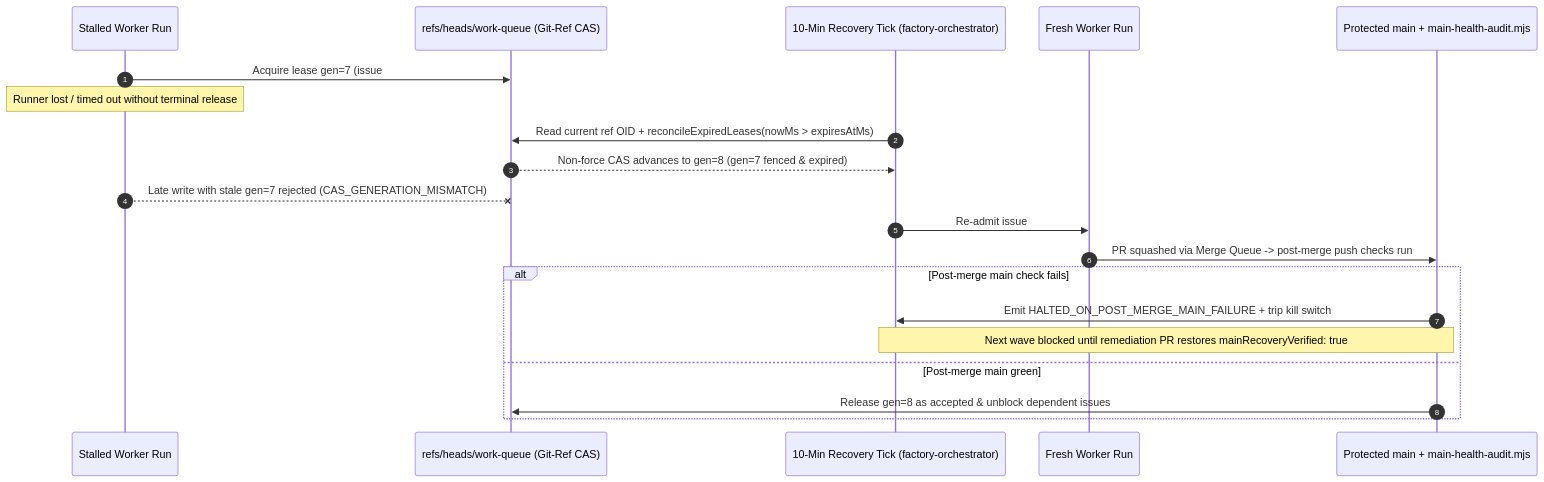
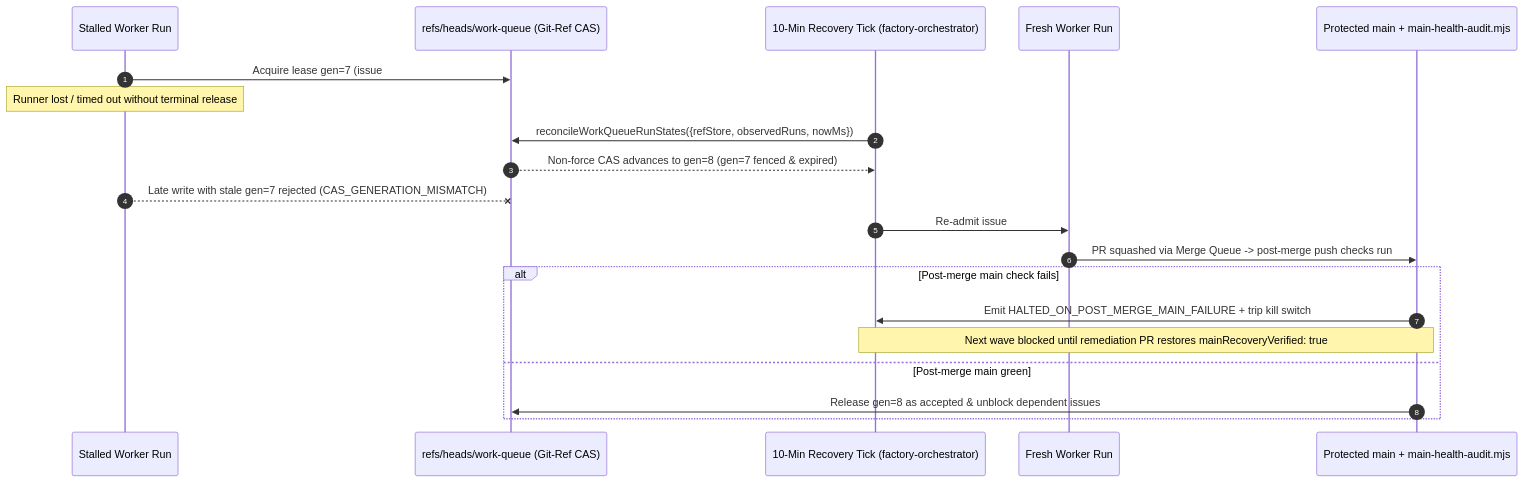
One commit to Jamula/SoftwareFactory changed the second of 3 diagrams in docs/OPERATIONS.md. Above: the diagram before and after it, drawn with Mermaid. The commit also changed other lines of this file and 7 other files, not shown here.

````diff
--- a/docs/OPERATIONS.md
+++ b/docs/OPERATIONS.md
@@ -62,23 +62,23 @@
 ```mermaid
 sequenceDiagram
   autonumber
   participant W1 as Stalled Worker Run #1
   participant WQ as refs/heads/work-queue (Git-Ref CAS)
   participant Rec as 10-Min Recovery Tick (factory-orchestrator)
   participant W2 as Fresh Worker Run #2
   participant Main as Protected main + main-health-audit.mjs
 
   W1->>WQ: Acquire lease gen=7 (issue #42, TTL=3600s)
   Note over W1: Runner lost / timed out without terminal release
-  Rec->>WQ: Read current ref OID + reconcileExpiredLeases(nowMs > expiresAtMs)
+  Rec->>WQ: reconcileWorkQueueRunStates({refStore, observedRuns, nowMs})
   WQ-->>Rec: Non-force CAS advances to gen=8 (gen=7 fenced & expired)
   W1--xWQ: Late write with stale gen=7 rejected (CAS_GENERATION_MISMATCH)
   Rec->>W2: Re-admit issue #42 cleanly under gen=8 (0 duplicate active leases)
   W2->>Main: PR squashed via Merge Queue -> post-merge push checks run
   alt Post-merge main check fails
     Main->>Rec: Emit HALTED_ON_POST_MERGE_MAIN_FAILURE + trip kill switch
     Note over Rec,Main: Next wave blocked until remediation PR restores mainRecoveryVerified: true
   else Post-merge main green
     Main->>WQ: Release gen=8 as accepted & unblock dependent issues
   end
 ```
````
